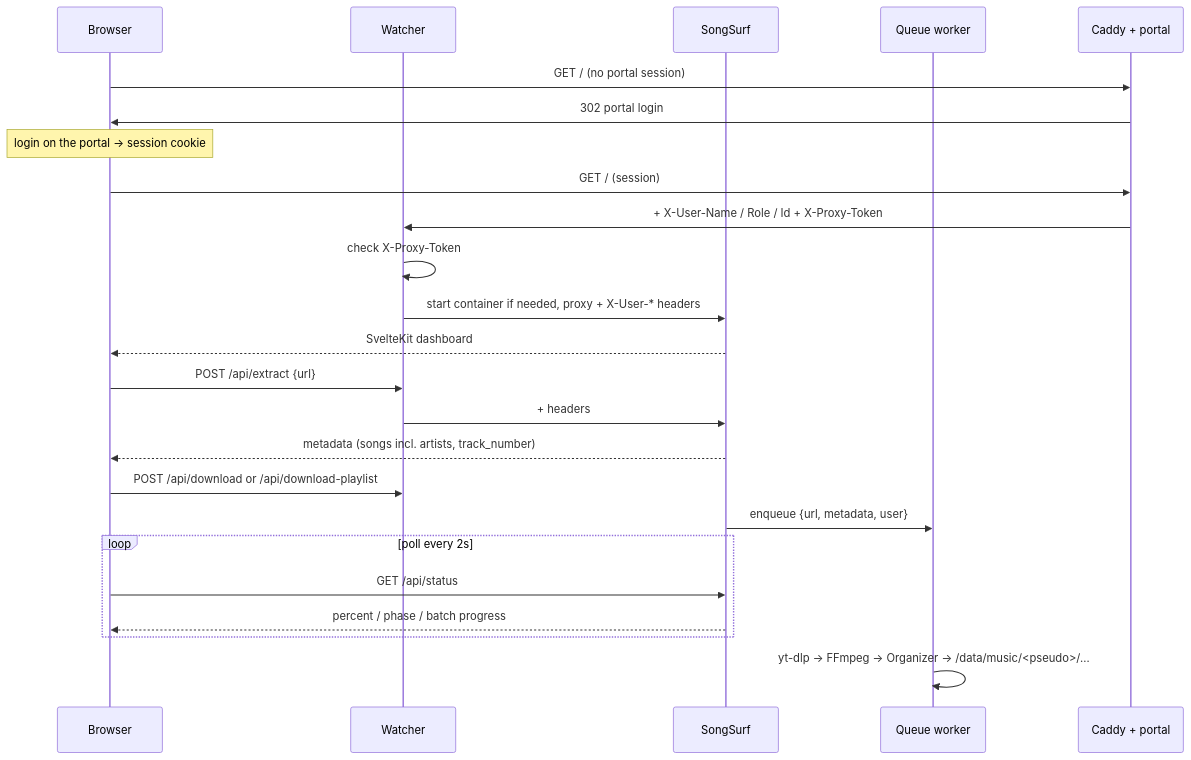
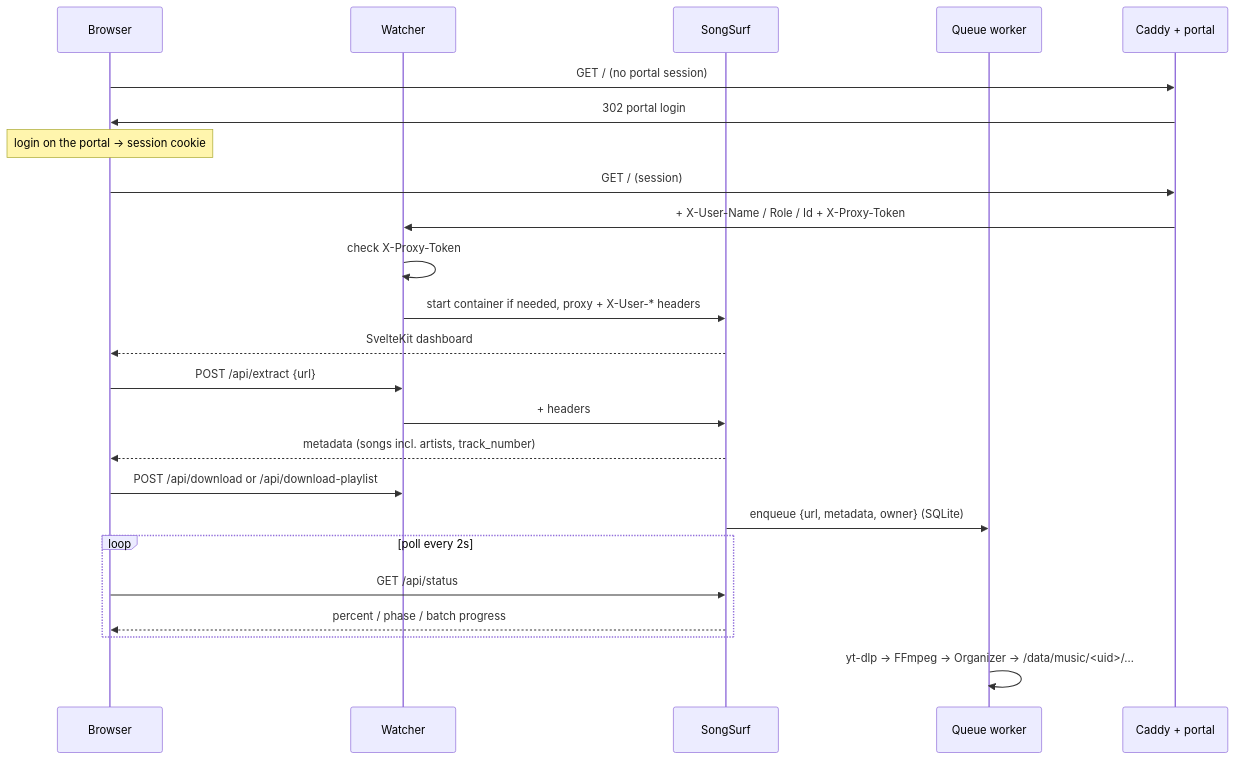
The second of 3 diagrams in docs/ARCHITECTURE.md (Rev0li/SongSurf), drawn with Mermaid before and after one commit. The commit also changed other lines of this file and 24 other files, not shown here.

````diff
--- a/docs/ARCHITECTURE.md
+++ b/docs/ARCHITECTURE.md
@@ -69,30 +70,30 @@
 ```mermaid
 sequenceDiagram
     participant B as Browser
     participant W as Watcher
     participant S as SongSurf
     participant Q as Queue worker
     participant C as Caddy + portal
 
     B->>C: GET / (no portal session)
     C->>B: 302 portal login
     Note over B: login on the portal → session cookie
 
     B->>C: GET / (session)
     C->>W: + X-User-Name / Role / Id + X-Proxy-Token
     W->>W: check X-Proxy-Token
     W->>S: start container if needed, proxy + X-User-* headers
     S-->>B: SvelteKit dashboard
 
     B->>W: POST /api/extract {url}
     W->>S: + headers
     S-->>B: metadata (songs incl. artists, track_number)
 
     B->>W: POST /api/download or /api/download-playlist
-    S->>Q: enqueue {url, metadata, user}
+    S->>Q: enqueue {url, metadata, owner} (SQLite)
     loop poll every 2s
         B->>S: GET /api/status
         S-->>B: percent / phase / batch progress
     end
-    Q->>Q: yt-dlp → FFmpeg → Organizer → /data/music/<pseudo>/…
+    Q->>Q: yt-dlp → FFmpeg → Organizer → /data/music/<uid>/…
 ```
````
